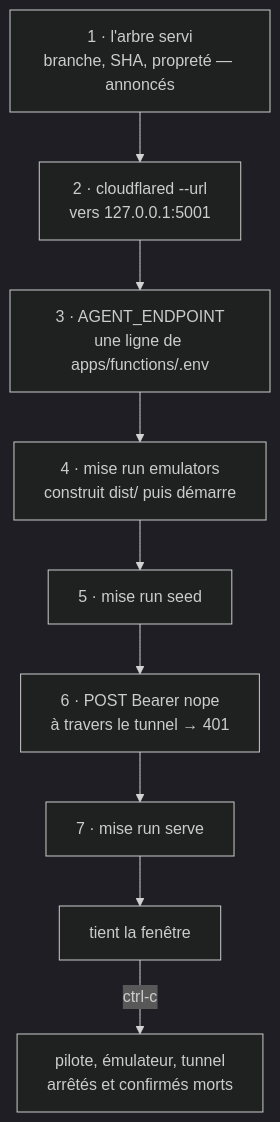
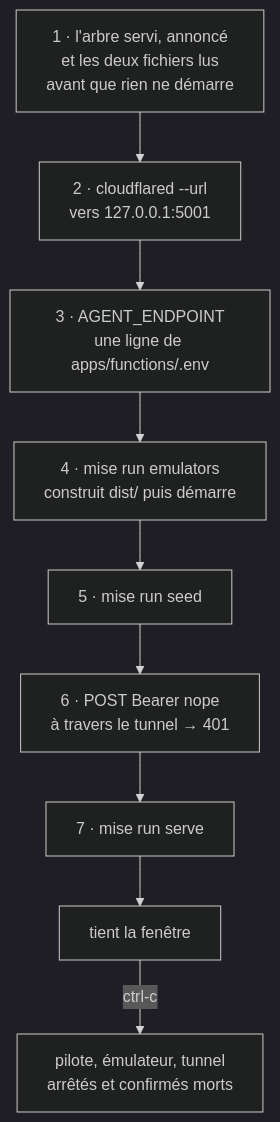
Before and after one commit to charlouze/beacon-hosting: the diagram in docs/superpowers/plans/2026-09-09-outil-de-session.md, drawn with Mermaid (dark theme). The commit also changed other lines of this file and 2 other files, not shown here.

````diff
--- a/docs/superpowers/plans/2026-09-09-outil-de-session.md
+++ b/docs/superpowers/plans/2026-09-09-outil-de-session.md
@@ -100,11 +100,11 @@
 ```mermaid
 flowchart TD
-    A["1 · l'arbre servi<br/>branche, SHA, propreté — annoncés"] --> B["2 · cloudflared --url<br/>vers 127.0.0.1:5001"]
+    A["1 · l'arbre servi, annoncé<br/>et les deux fichiers lus<br/>avant que rien ne démarre"] --> B["2 · cloudflared --url<br/>vers 127.0.0.1:5001"]
     B --> C["3 · AGENT_ENDPOINT<br/>une ligne de apps/functions/.env"]
     C --> D["4 · mise run emulators<br/>construit dist/ puis démarre"]
     D --> E["5 · mise run seed"]
     E --> F["6 · POST Bearer nope<br/>à travers le tunnel → 401"]
     F --> G["7 · mise run serve"]
     G --> H["tient la fenêtre"]
     H -->|ctrl-c| I["pilote, émulateur, tunnel<br/>arrêtés et confirmés morts"]
 ```
````
